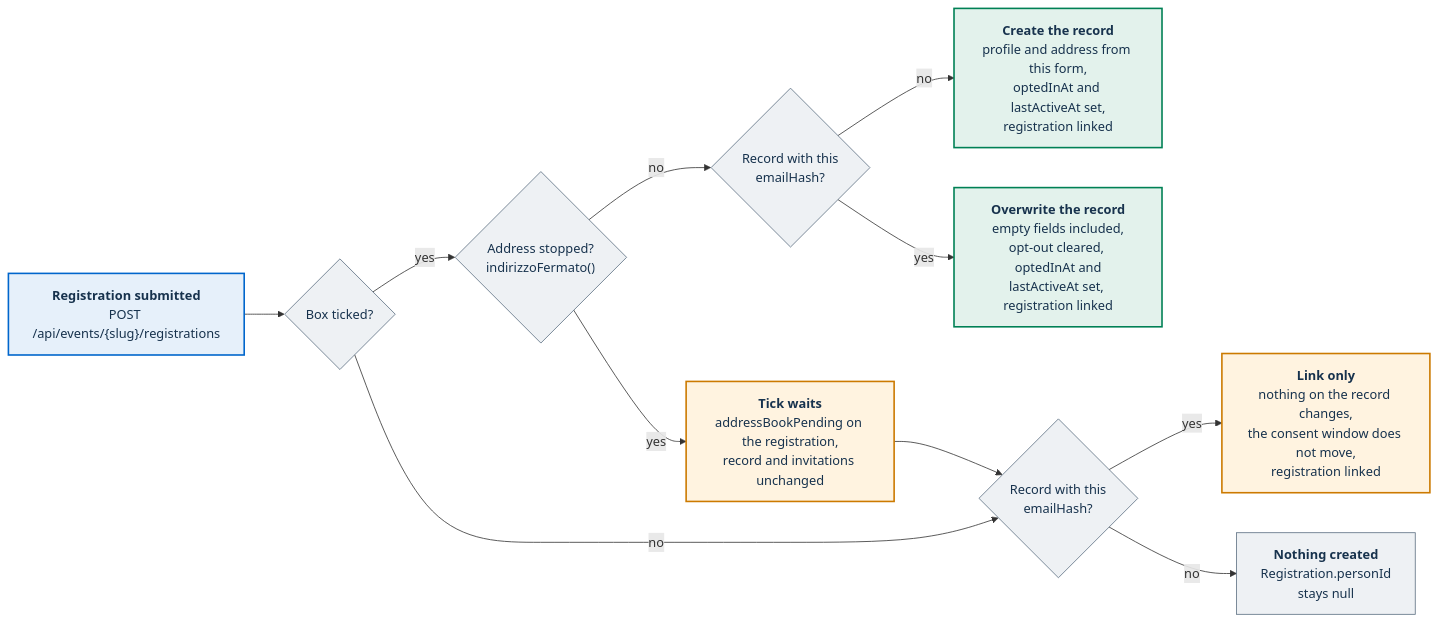
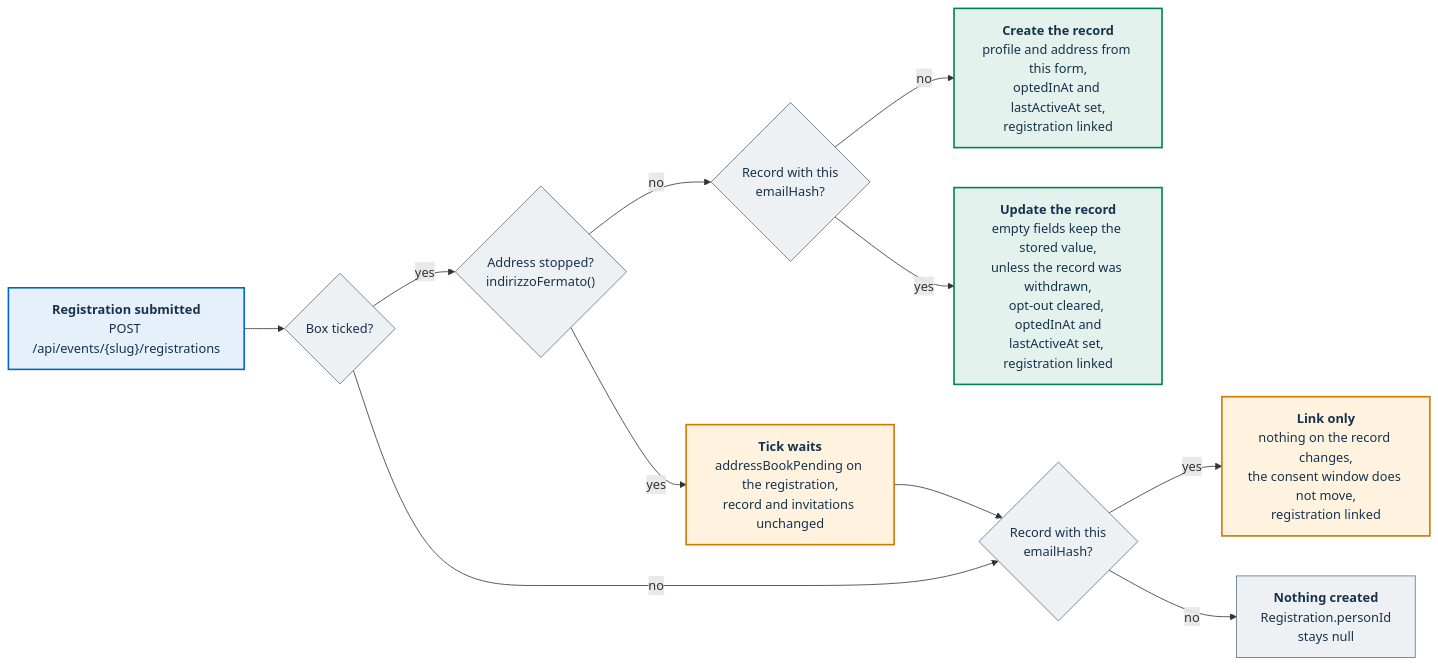
One commit to italia/pa-webinar changed the first of 2 diagrams in docs/adr/011-person-rubrica.md. Above: the diagram before and after it, drawn with Mermaid. The commit also changed other lines of this file and 6 other files, not shown here.

First line of the commit message:
fix(rubrica): keep stored profile fields a new tick does not carry

````diff
--- a/docs/adr/011-person-rubrica.md
+++ b/docs/adr/011-person-rubrica.md
@@ -248,29 +248,29 @@
 ```mermaid
 flowchart LR
     R["<b>Registration submitted</b><br/>POST /api/events/{slug}/registrations"]:::portal
     Q1{"Box ticked?"}:::ext
     Q0{"Address stopped?<br/>indirizzoFermato()"}:::ext
     H["<b>Tick waits</b><br/>addressBookPending on the registration,<br/>record and invitations unchanged"]:::job
     Q2{"Record with this<br/>emailHash?"}:::ext
     Q3{"Record with this<br/>emailHash?"}:::ext
     N["<b>Nothing created</b><br/>Registration.personId<br/>stays null"]:::ext
     C["<b>Create the record</b><br/>profile and address from this form,<br/>optedInAt and lastActiveAt set,<br/>registration linked"]:::data
-    U["<b>Overwrite the record</b><br/>empty fields included,<br/>opt-out cleared, optedInAt and<br/>lastActiveAt set, registration linked"]:::data
+    U["<b>Update the record</b><br/>empty fields keep the stored value,<br/>unless the record was withdrawn,<br/>opt-out cleared, optedInAt and<br/>lastActiveAt set, registration linked"]:::data
     L["<b>Link only</b><br/>nothing on the record changes,<br/>the consent window does not move,<br/>registration linked"]:::job
 
     R --> Q1
     Q1 -->|"yes"| Q0
     Q0 -->|"no"| Q2
     Q0 -->|"yes"| H
     H --> Q3
     Q1 -->|"no"| Q3
     Q2 -->|"no"| C
     Q2 -->|"yes"| U
     Q3 -->|"yes"| L
     Q3 -->|"no"| N
 
     classDef portal fill:#E6F0FA,stroke:#0066CC,stroke-width:2px,color:#17324D
     classDef data fill:#E3F2EC,stroke:#008055,stroke-width:2px,color:#17324D
     classDef job fill:#FFF3E0,stroke:#CC7A00,stroke-width:2px,color:#17324D
     classDef ext fill:#EEF1F4,stroke:#5C6F82,stroke-width:1px,color:#17324D
 ```
````
